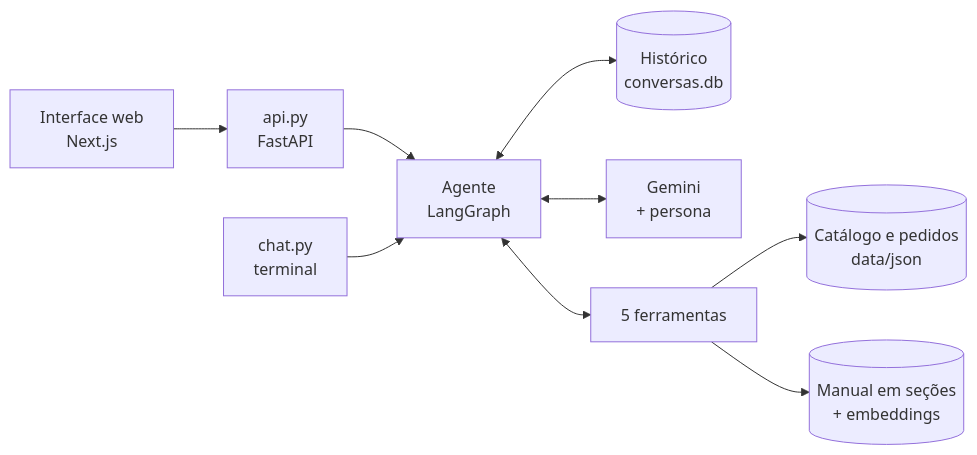
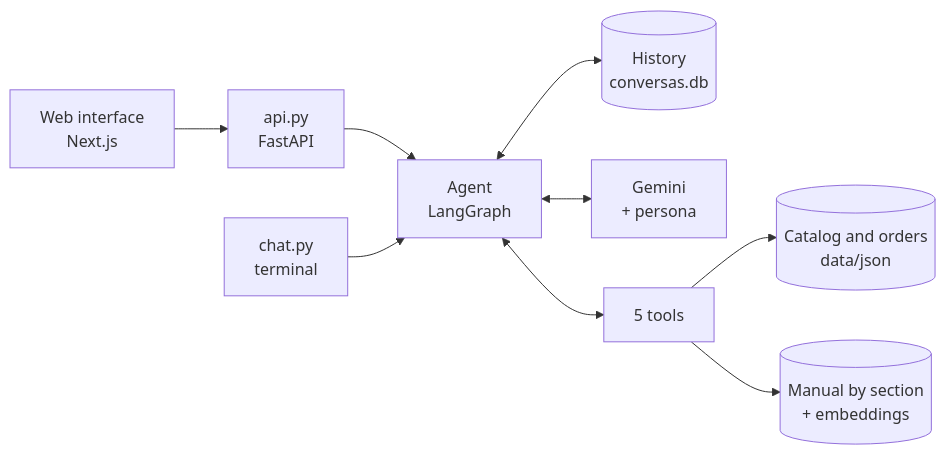
Before and after one commit to matheusauerswald01/emporio-da-musica-agente: the diagram in README.md, drawn with Mermaid. The commit also changed other lines of this file, not shown here.

````diff
--- a/README.md
+++ b/README.md
@@ -79,11 +81,11 @@
 ```mermaid
 flowchart LR
-    W["Interface web<br/>Next.js"] --> A["api.py<br/>FastAPI"]
+    W["Web interface<br/>Next.js"] --> A["api.py<br/>FastAPI"]
     A --> G
-    T["chat.py<br/>terminal"] --> G["Agente<br/>LangGraph"]
-    G <--> H[("Histórico<br/>conversas.db")]
+    T["chat.py<br/>terminal"] --> G["Agent<br/>LangGraph"]
+    G <--> H[("History<br/>conversas.db")]
     G <--> L["Gemini<br/>+ persona"]
-    G <--> F["5 ferramentas"]
-    F --> D[("Catálogo e pedidos<br/>data/json")]
-    F --> P[("Manual em seções<br/>+ embeddings")]
+    G <--> F["5 tools"]
+    F --> D[("Catalog and orders<br/>data/json")]
+    F --> P[("Manual by section<br/>+ embeddings")]
 ```
````
